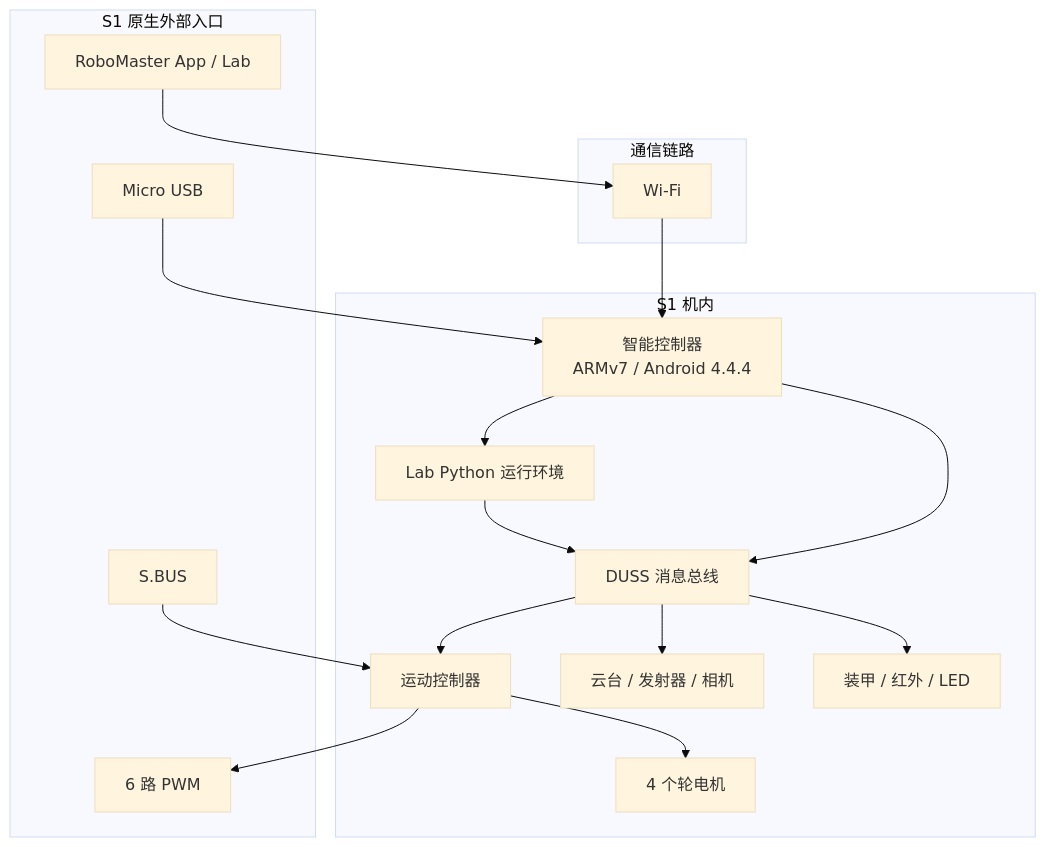
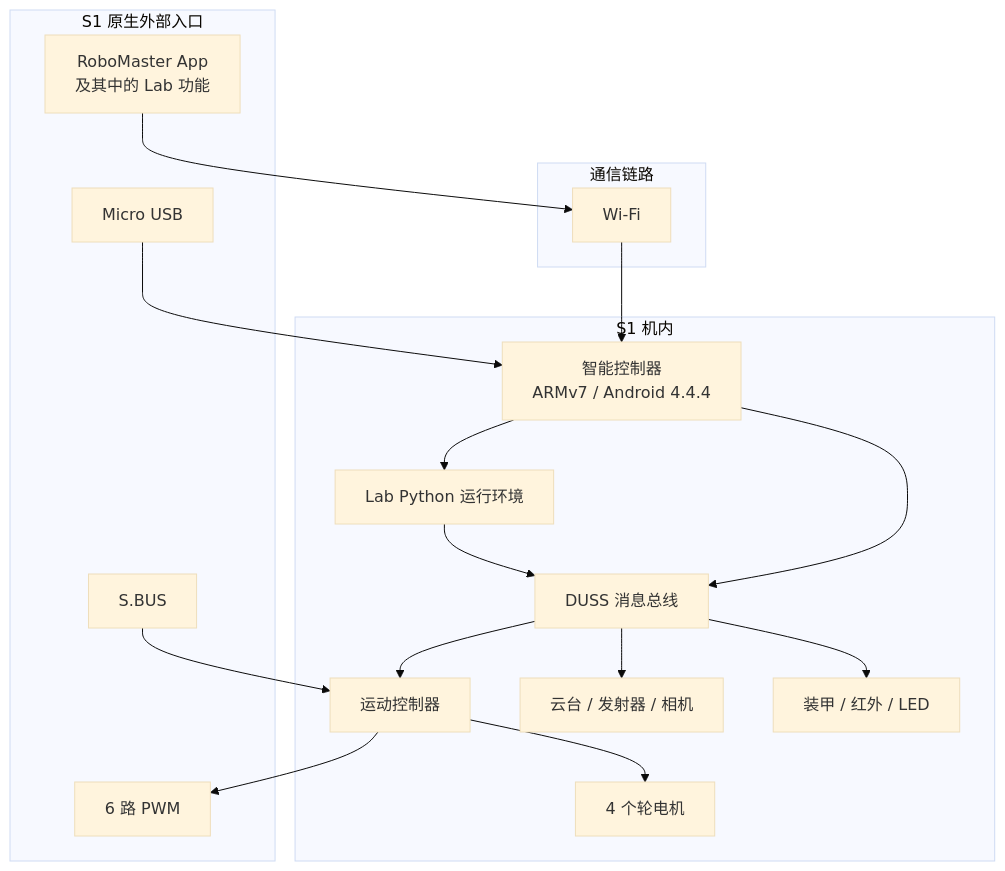
Before and after one commit to elonzh/hanppie: the first of 7 diagrams in docs/architecture.md, drawn with Mermaid (base theme). The commit also changed other lines of this file and 16 other files, not shown here.

````diff
--- a/docs/architecture.md
+++ b/docs/architecture.md
@@ -56,35 +72,35 @@
 ```mermaid
 flowchart TB
     subgraph EXTERNAL["S1 原生外部入口"]
-        APP["RoboMaster App / Lab"]
+        APP["RoboMaster App<br/>及其中的 Lab 功能"]
         USB["Micro USB"]
         SBUS["S.BUS"]
         PWM["6 路 PWM"]
     end
 
     subgraph LINK["通信链路"]
         WIFI["Wi-Fi"]
     end
 
     subgraph S1["S1 机内"]
         IC["智能控制器<br/>ARMv7 / Android 4.4.4"]
         LAB["Lab Python 运行环境"]
         DUSS["DUSS 消息总线"]
         MC["运动控制器"]
         GIMBAL["云台 / 发射器 / 相机"]
         ARMOR["装甲 / 红外 / LED"]
         MOTOR["4 个轮电机"]
     end
 
     APP --> WIFI --> IC
     USB --> IC
     IC --> LAB
     LAB --> DUSS
     IC --> DUSS
     DUSS --> MC
     DUSS --> GIMBAL
     DUSS --> ARMOR
     MC --> MOTOR
     SBUS --> MC
     MC --> PWM
 ```
````
